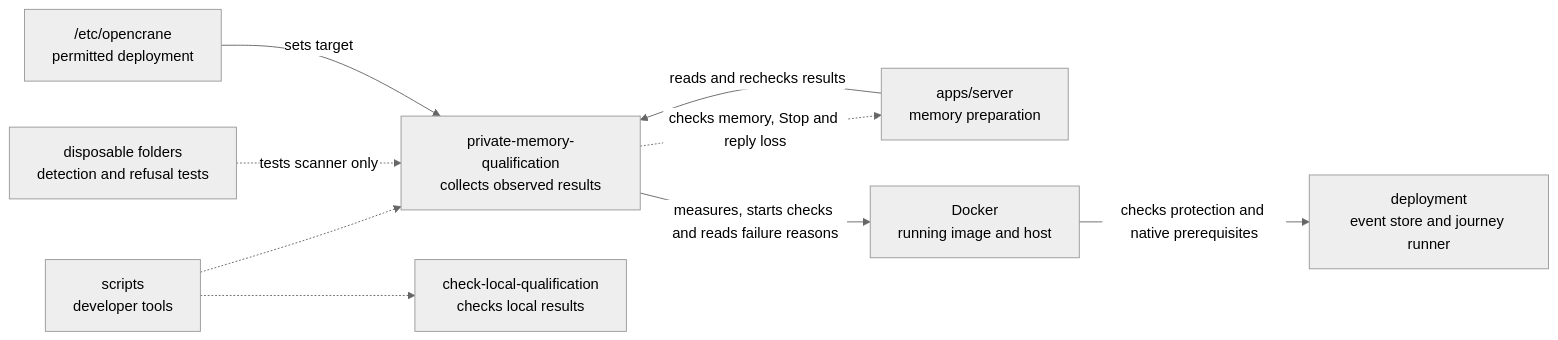
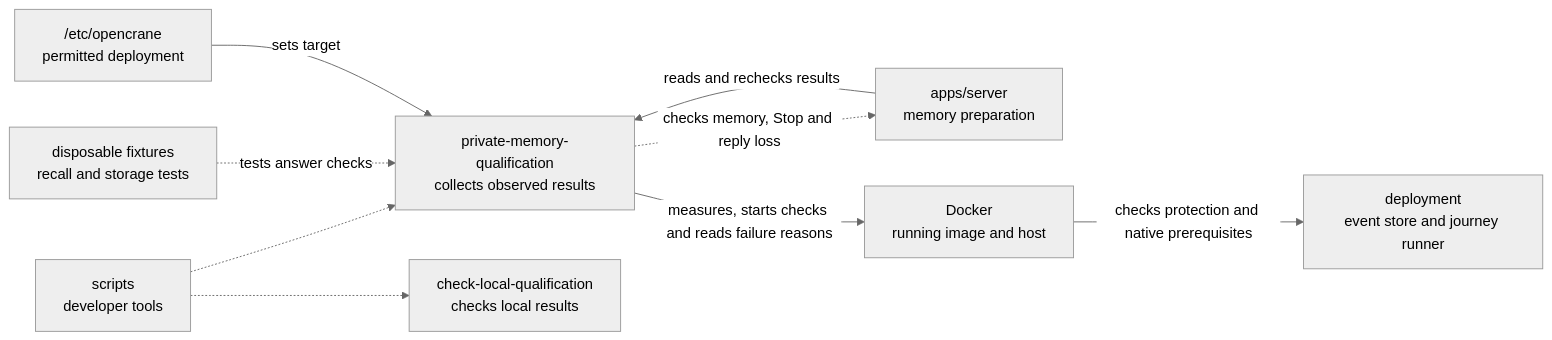
Before and after one commit to elewa-git/opencrane-new: the diagram in scripts/private-memory-qualification/README.md, drawn with Mermaid (neutral theme). The commit also changed other lines of this file and 7 other files, not shown here.

First line of the commit message:
🧠 Memory qualification checks the native recall answer uses only the requester's own memory (#911)

````diff
--- a/scripts/private-memory-qualification/README.md
+++ b/scripts/private-memory-qualification/README.md
@@ -18,11 +18,11 @@
 ```mermaid
 flowchart LR
   scripts["scripts<br/>developer tools"] -.-> collector["private-memory-qualification<br/>collects observed results"]
-  fixtures["disposable folders<br/>detection and refusal tests"] -.->|tests scanner only| collector
+  fixtures["disposable fixtures<br/>recall and storage tests"] -.->|tests answer checks| collector
   scripts -.-> sibling["check-local-qualification<br/>checks local results"]
   server["apps/server<br/>memory preparation"] -->|reads and rechecks results| collector
   collector -.->|checks memory, Stop and reply loss| server
   config["/etc/opencrane<br/>permitted deployment"] -->|sets target| collector
   collector -->|measures, starts checks and reads failure reasons| docker["Docker<br/>running image and host"]
   docker -->|checks protection and native prerequisites| deployment["deployment<br/>event store and journey runner"]
 ```
````
